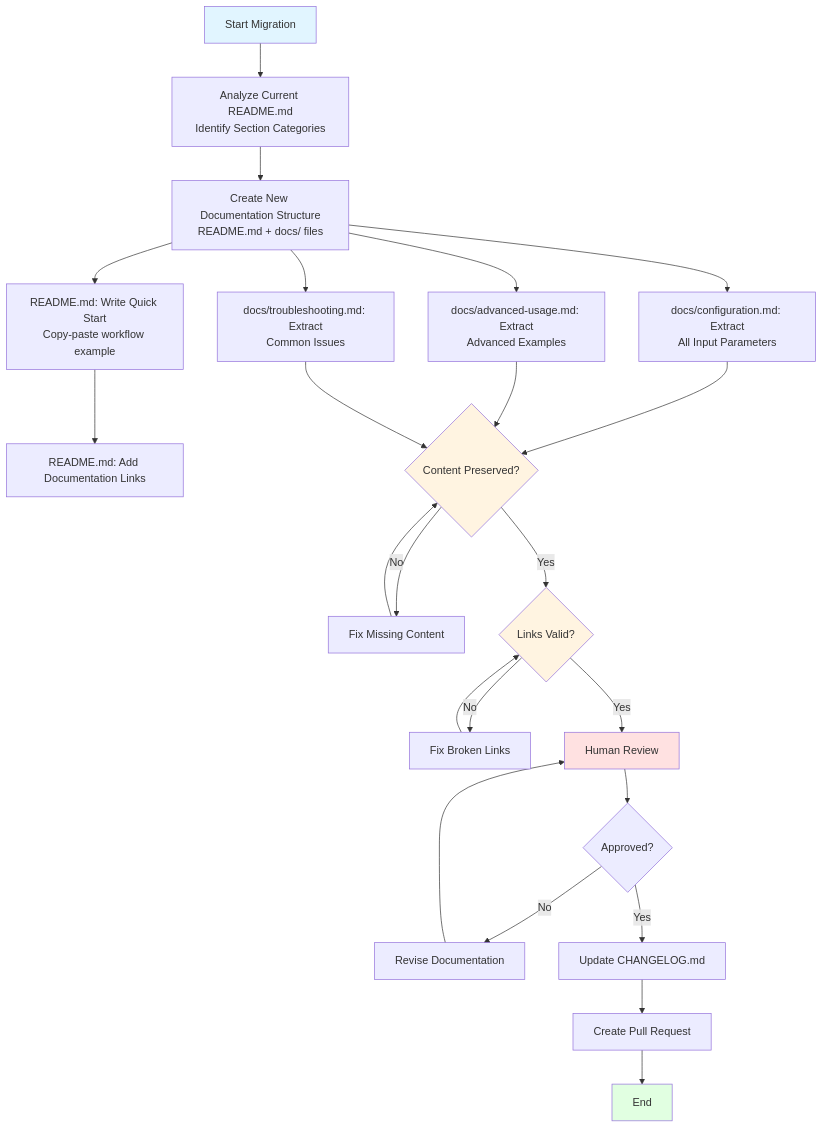
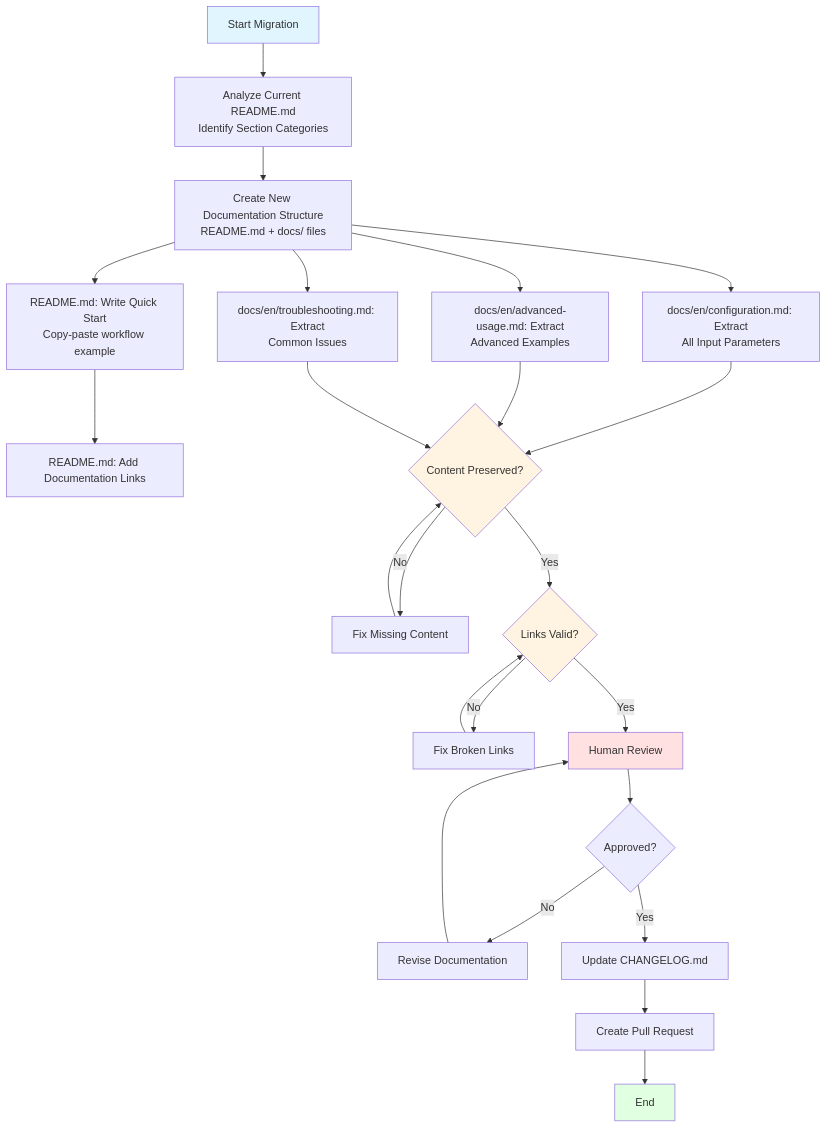
Before and after one commit to jey3dayo/pr-insights-labeler: the second of 4 diagrams in .kiro/specs/readme-simplification/design.md, drawn with Mermaid. The commit also changed other lines of this file and 39 other files, not shown here.

````diff
--- a/.kiro/specs/readme-simplification/design.md
+++ b/.kiro/specs/readme-simplification/design.md
@@ -207,38 +207,38 @@
 ```mermaid
 flowchart TD
     Start[Start Migration] --> Analyze[Analyze Current README.md<br/>Identify Section Categories]
     Analyze --> CreateStructure[Create New Documentation Structure<br/>README.md + docs/ files]
 
     CreateStructure --> MigrateQuickStart[README.md: Write Quick Start<br/>Copy-paste workflow example]
-    CreateStructure --> MigrateConfig[docs/configuration.md: Extract<br/>All Input Parameters]
-    CreateStructure --> MigrateAdvanced[docs/advanced-usage.md: Extract<br/>Advanced Examples]
-    CreateStructure --> MigrateTrouble[docs/troubleshooting.md: Extract<br/>Common Issues]
+    CreateStructure --> MigrateConfig[docs/en/configuration.md: Extract<br/>All Input Parameters]
+    CreateStructure --> MigrateAdvanced[docs/en/advanced-usage.md: Extract<br/>Advanced Examples]
+    CreateStructure --> MigrateTrouble[docs/en/troubleshooting.md: Extract<br/>Common Issues]
 
     MigrateQuickStart --> AddLinks[README.md: Add Documentation Links]
     MigrateConfig --> ValidateContent{Content Preserved?}
     MigrateAdvanced --> ValidateContent
     MigrateTrouble --> ValidateContent
 
     ValidateContent -->|No| Fix[Fix Missing Content]
     Fix --> ValidateContent
 
     ValidateContent -->|Yes| ValidateLinks{Links Valid?}
     ValidateLinks -->|No| FixLinks[Fix Broken Links]
     FixLinks --> ValidateLinks
 
     ValidateLinks -->|Yes| Review[Human Review]
     Review --> Approve{Approved?}
 
     Approve -->|No| Revise[Revise Documentation]
     Revise --> Review
 
     Approve -->|Yes| UpdateCHANGELOG[Update CHANGELOG.md]
     UpdateCHANGELOG --> CreatePR[Create Pull Request]
     CreatePR --> End[End]
 
     style Start fill:#e1f5ff
     style End fill:#e1ffe1
     style ValidateContent fill:#fff4e1
     style ValidateLinks fill:#fff4e1
     style Review fill:#ffe1e1
 ```
````
